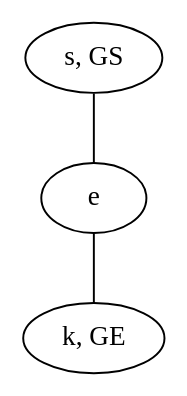
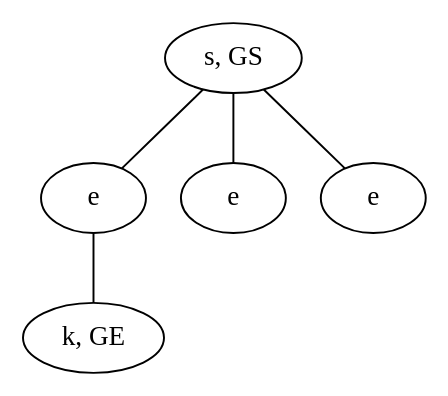
One commit to schrum2/MM-NEAT changed the diagram in data/VGLC/Zelda/rules/1/3_S-K.dot. Above: the diagram before and after it, drawn with Graphviz. The commit also changed 30 other files, not shown here.

Commit message:
Add soft locks to Zelda Graph Grammar

```diff
--- a/data/VGLC/Zelda/rules/1/3_S-K.dot
+++ b/data/VGLC/Zelda/rules/1/3_S-K.dot
@@ -1,7 +1,11 @@
 graph {
-AZvG [label="s, GS"]
-EdYc [label="k, GE"]
-NdCv [label="e"]
-AZvG -- NdCv
-NdCv -- EdYc
+SiHF [label="s, GS"]
+gmOP [label="k, GE"]
+iUtZ [label="e"]
+KgaX [label="e"]
+LQLJ [label="e"]
+SiHF -- iUtZ
+SiHF -- KgaX
+SiHF -- LQLJ
+iUtZ -- gmOP
 }
```
